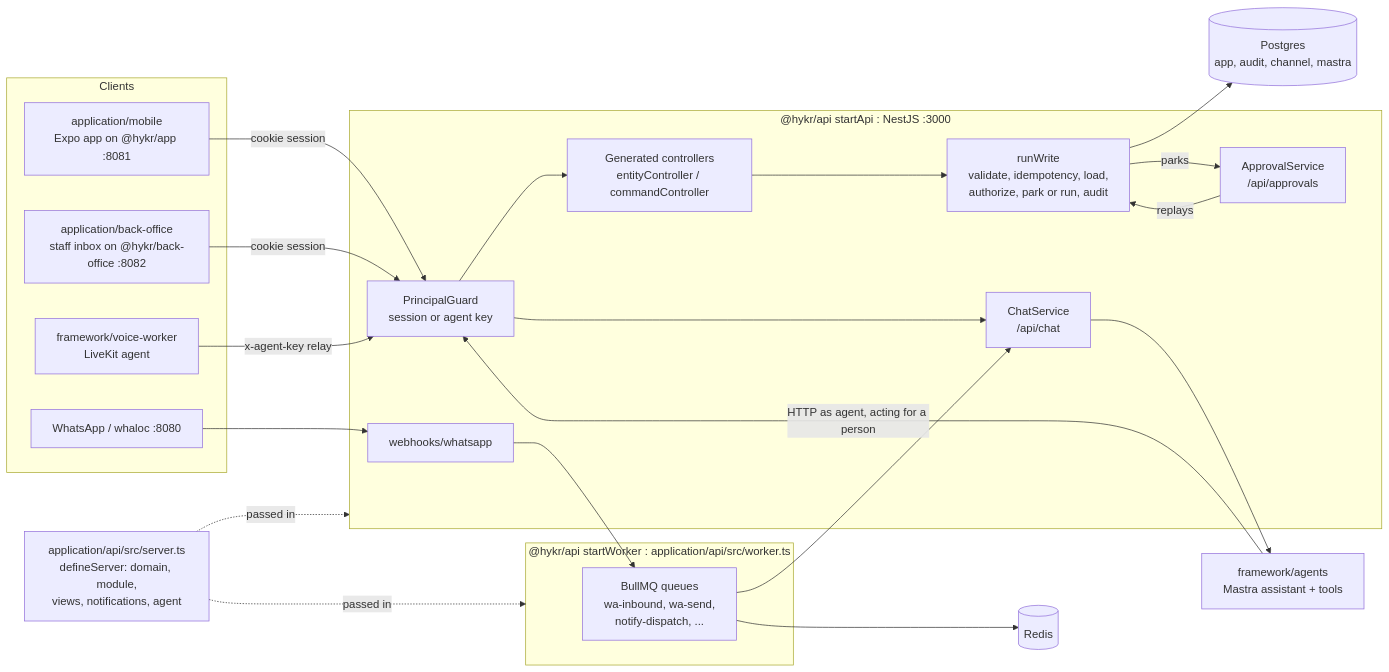
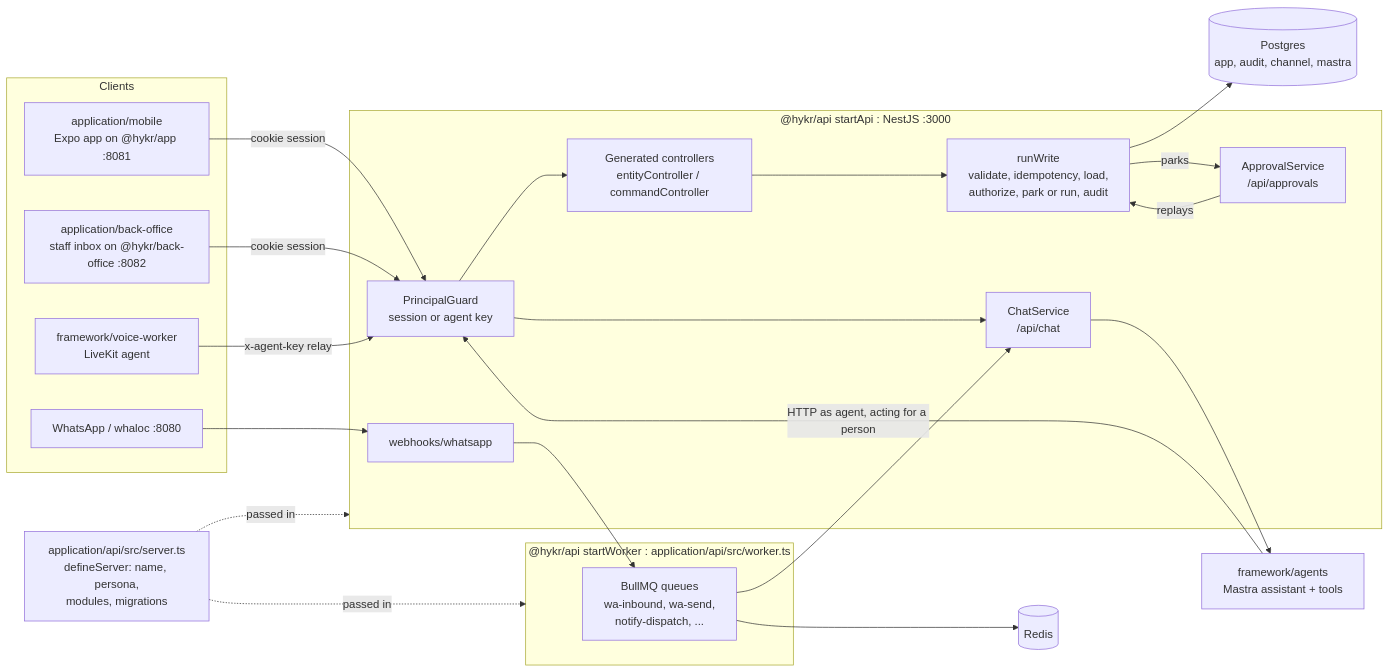
One commit to hykr-studio/basecamp changed the diagram in docs/developer-guide.md. Above: the diagram before and after it, drawn with Mermaid. The commit also changed other lines of this file and 8 other files, not shown here.

First line of the commit message:
F1: docs for application modules

````diff
--- a/docs/developer-guide.md
+++ b/docs/developer-guide.md
@@ -37,43 +37,43 @@
 ```mermaid
 flowchart LR
   subgraph Clients
     M["application/mobile<br/>Expo app on @hykr/app :8081"]
     B["application/back-office<br/>staff inbox on @hykr/back-office :8082"]
     V[framework/voice-worker<br/>LiveKit agent]
     W[WhatsApp / whaloc :8080]
   end
 
-  D[application/api/src/server.ts<br/>defineServer: domain, module,<br/>views, notifications, agent]
+  D[application/api/src/server.ts<br/>defineServer: name, persona,<br/>modules, migrations]
 
   subgraph API["@hykr/api startApi : NestJS :3000"]
     G[PrincipalGuard<br/>session or agent key]
     C[Generated controllers<br/>entityController / commandController]
     CH[ChatService<br/>/api/chat]
     RW[runWrite<br/>validate, idempotency, load,<br/>authorize, park or run, audit]
     AP[ApprovalService<br/>/api/approvals]
     WH[webhooks/whatsapp]
   end
 
   subgraph Worker["@hykr/api startWorker : application/api/src/worker.ts"]
     Q[BullMQ queues<br/>wa-inbound, wa-send,<br/>notify-dispatch, ...]
   end
 
   A[framework/agents<br/>Mastra assistant + tools]
   PG[(Postgres<br/>app, audit, channel, mastra)]
   R[(Redis)]
 
   D -.->|passed in| API
   D -.->|passed in| Worker
   M -->|cookie session| G
   B -->|cookie session| G
   V -->|x-agent-key relay| G
   W --> WH --> Q
   Q --> CH
   G --> C --> RW
   G --> CH --> A
   A -->|HTTP as agent, acting for a person| G
   RW --> PG
   RW -->|parks| AP
   AP -->|replays| RW
   Q --> R
 ```
````
